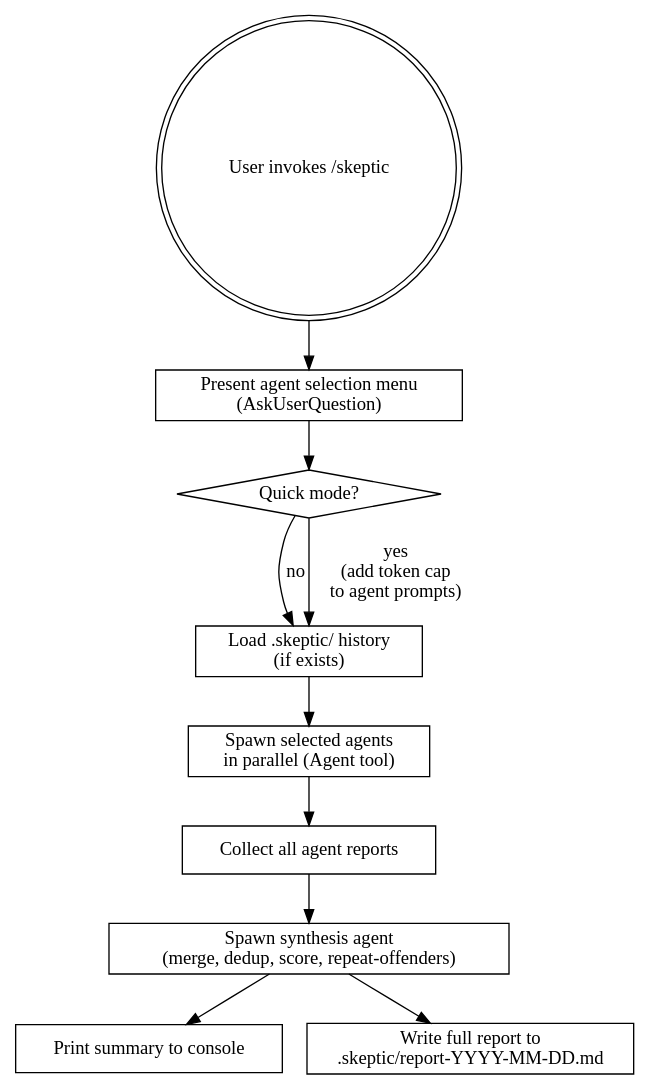
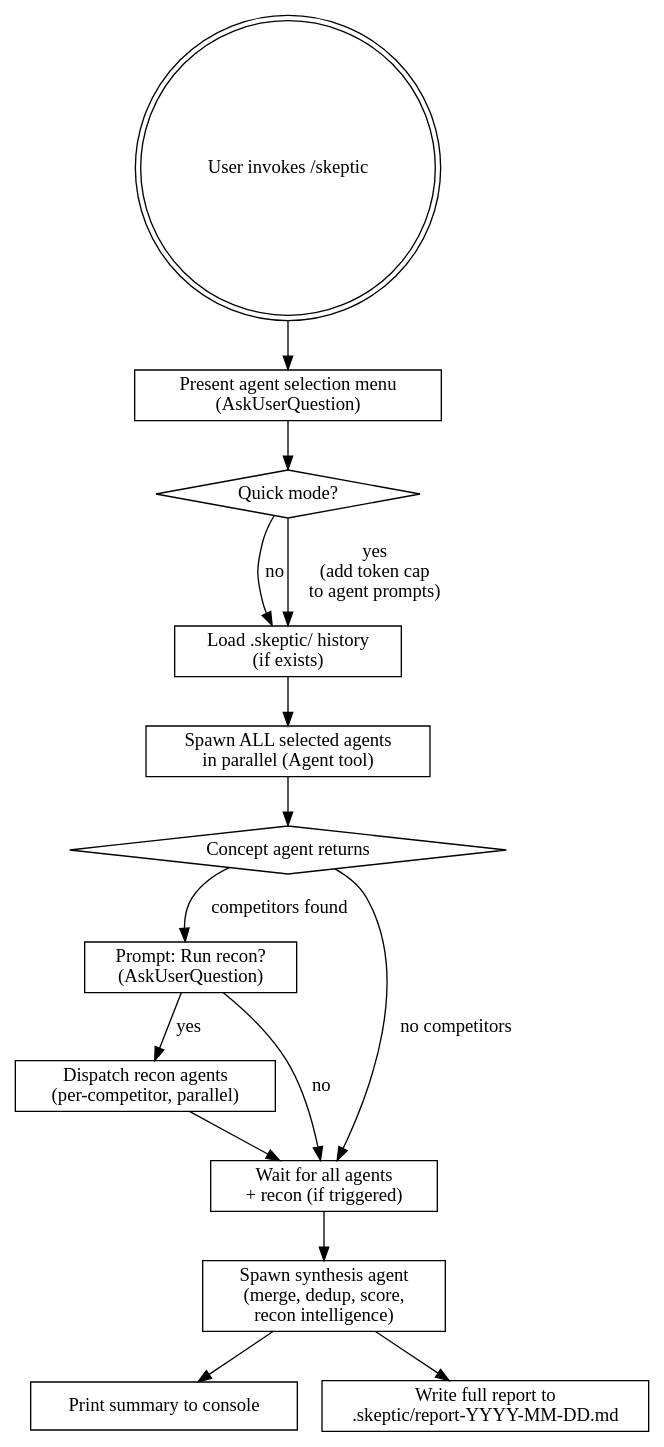
Before and after one commit to KwanwooLee36/dispatch: the diagram in skills/skeptic/SKILL.md, drawn with Graphviz. The commit also changed other lines of this file and 2 other files, not shown here.

First line of the commit message:
feat: integrate recon into skeptic flow + competitive intelligence in plan

````diff
--- a/skills/skeptic/SKILL.md
+++ b/skills/skeptic/SKILL.md
@@ -44,26 +44,34 @@
 ```dot
 digraph skeptic_flow {
     rankdir=TB;
     node [shape=box];
 
     start [label="User invokes /skeptic" shape=doublecircle];
     menu [label="Present agent selection menu\n(AskUserQuestion)"];
     quick_check [label="Quick mode?" shape=diamond];
     history [label="Load .skeptic/ history\n(if exists)"];
-    dispatch [label="Spawn selected agents\nin parallel (Agent tool)"];
-    collect [label="Collect all agent reports"];
-    synthesis [label="Spawn synthesis agent\n(merge, dedup, score, repeat-offenders)"];
+    dispatch [label="Spawn ALL selected agents\nin parallel (Agent tool)"];
+    concept_returns [label="Concept agent returns" shape=diamond];
+    recon_prompt [label="Prompt: Run recon?\n(AskUserQuestion)"];
+    recon_yes [label="Dispatch recon agents\n(per-competitor, parallel)"];
+    wait_all [label="Wait for all agents\n+ recon (if triggered)"];
+    synthesis [label="Spawn synthesis agent\n(merge, dedup, score,\nrecon intelligence)"];
     console [label="Print summary to console"];
     file [label="Write full report to\n.skeptic/report-YYYY-MM-DD.md"];
 
     start -> menu;
     menu -> quick_check;
     quick_check -> history [label="no"];
     quick_check -> history [label="yes\n(add token cap\nto agent prompts)"];
     history -> dispatch;
-    dispatch -> collect;
-    collect -> synthesis;
+    dispatch -> concept_returns;
+    concept_returns -> recon_prompt [label="competitors found"];
+    concept_returns -> wait_all [label="no competitors"];
+    recon_prompt -> recon_yes [label="yes"];
+    recon_prompt -> wait_all [label="no"];
+    recon_yes -> wait_all;
+    wait_all -> synthesis;
     synthesis -> console;
     synthesis -> file;
 }
 ```
````
